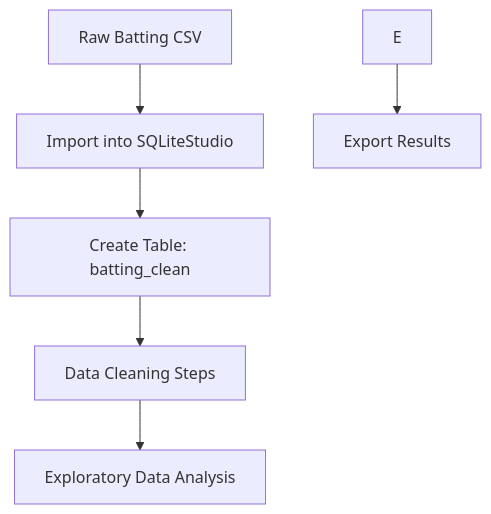
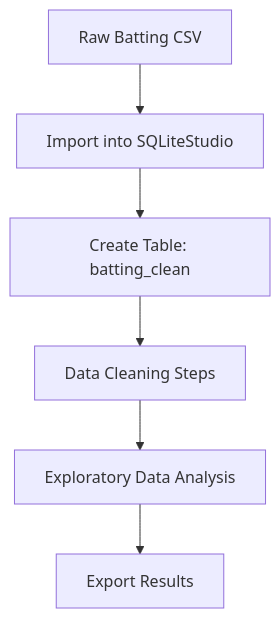
Before and after one commit to Michaelvidal305/MLB_Batting_stats: the diagram in README.md, drawn with Mermaid.

Commit message:
Reorder data processing steps in README

````diff
--- a/README.md
+++ b/README.md
@@ -171,9 +171,9 @@
 ```mermaid
 flowchart TD
 
     A[Raw Batting CSV] --> B[Import into SQLiteStudio]
     B --> C[Create Table: batting_clean]
     C --> D[Data Cleaning Steps]
-    D --> G[Exploratory Data Analysis]
-    E --> H[Export Results]
+    D --> E[Exploratory Data Analysis]
+    E --> F[Export Results]
 ```
````
